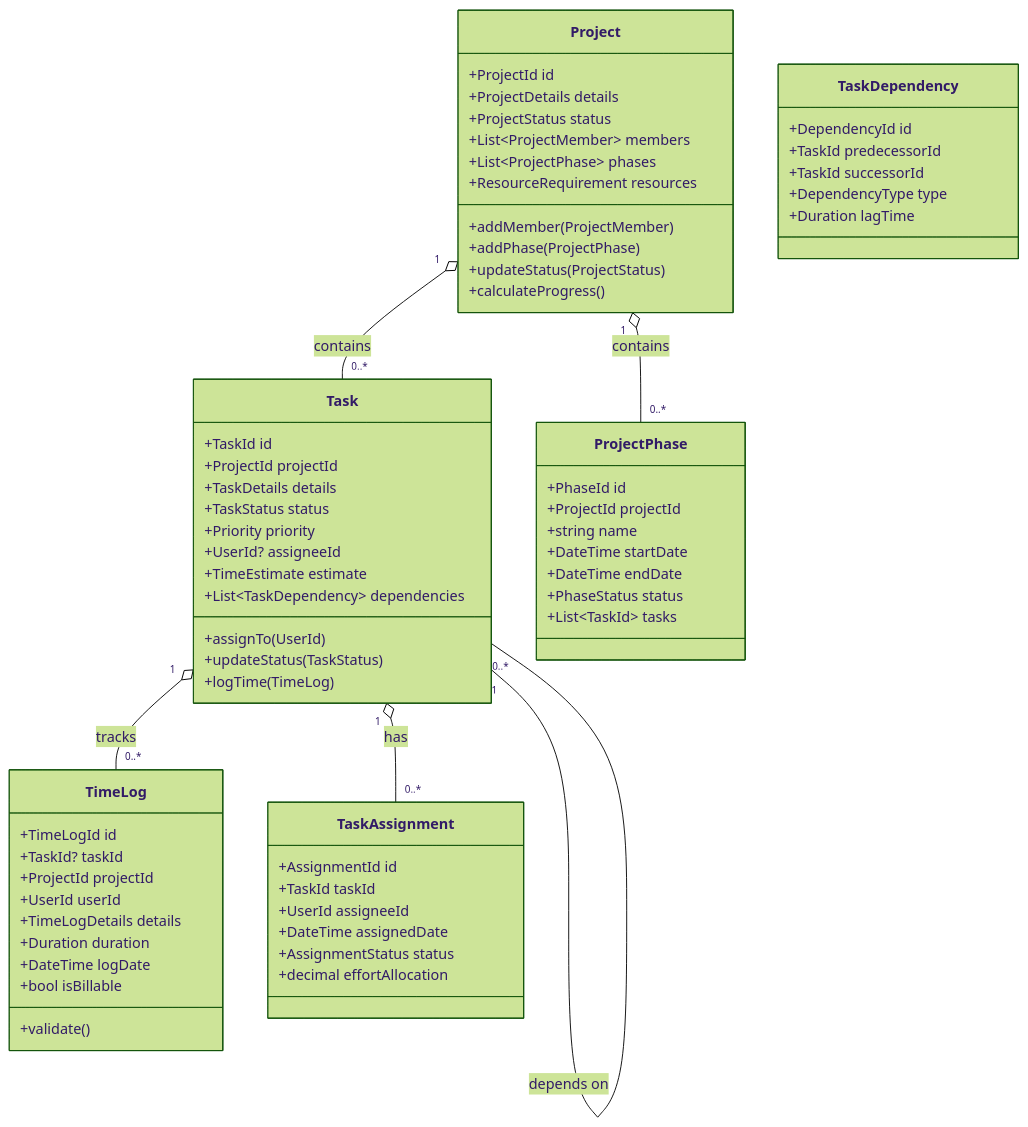
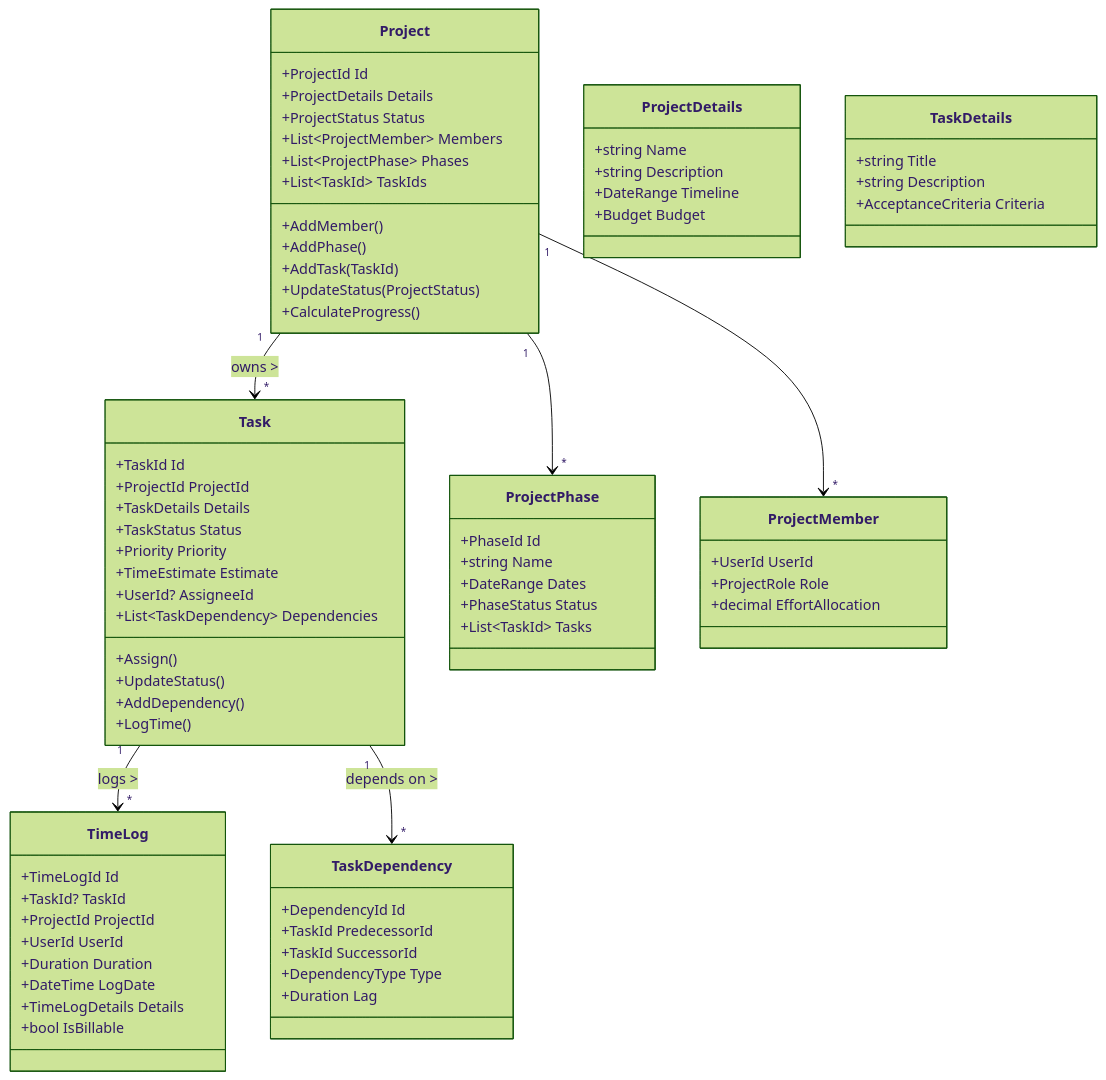
The eighth of 10 diagrams in Docs/Requirement/DomainSpecification/BusinessOperations.md (anuj-noumena/nouassist), drawn with Mermaid (forest theme) before and after one commit. The commit also changed other lines of this file and 134 other files, not shown here.

````diff
--- a/Docs/Requirement/DomainSpecification/BusinessOperations.md
+++ b/Docs/Requirement/DomainSpecification/BusinessOperations.md
@@ -1333,79 +2060,92 @@
 ```mermaid
 classDiagram
+    direction TB
+
+    %% Project Root
     class Project {
-        +ProjectId id
-        +ProjectDetails details
-        +ProjectStatus status
-        +List~ProjectMember~ members
-        +List~ProjectPhase~ phases
-        +ResourceRequirement resources
-        +addMember(ProjectMember)
-        +addPhase(ProjectPhase)
-        +updateStatus(ProjectStatus)
-        +calculateProgress()
-    }
-    
-    class Task {
-        +TaskId id
-        +ProjectId projectId
-        +TaskDetails details
-        +TaskStatus status
-        +Priority priority
-        +UserId? assigneeId
-        +TimeEstimate estimate
-        +List~TaskDependency~ dependencies
-        +assignTo(UserId)
-        +updateStatus(TaskStatus)
-        +logTime(TimeLog)
-    }
-    
-    class TimeLog {
-        +TimeLogId id
-        +TaskId? taskId
-        +ProjectId projectId
-        +UserId userId
-        +TimeLogDetails details
-        +Duration duration
-        +DateTime logDate
-        +bool isBillable
-        +validate()
-    }
-    
-    class ProjectPhase {
-        +PhaseId id
-        +ProjectId projectId
-        +string name
-        +DateTime startDate
-        +DateTime endDate
-        +PhaseStatus status
-        +List~TaskId~ tasks
-    }
-    
-    class TaskAssignment {
-        +AssignmentId id
-        +TaskId taskId
-        +UserId assigneeId
-        +DateTime assignedDate
-        +AssignmentStatus status
-        +decimal effortAllocation
-    }
-    
-    class TaskDependency {
-        +DependencyId id
-        +TaskId predecessorId
-        +TaskId successorId
-        +DependencyType type
-        +Duration lagTime
+        +ProjectId Id
+        +ProjectDetails Details
+        +ProjectStatus Status
+        +List~ProjectMember~ Members
+        +List~ProjectPhase~ Phases
+        +List~TaskId~ TaskIds
+        +AddMember()
+        +AddPhase()
+        +AddTask(TaskId)
+        +UpdateStatus(ProjectStatus)
+        +CalculateProgress()
     }
 
-    %% A Project is composed of Phases and Tasks.
-    Project "1" o-- "0..*" ProjectPhase : contains
-    Project "1" o-- "0..*" Task : contains
+    class ProjectDetails {
+        +string Name
+        +string Description
+        +DateRange Timeline
+        +Budget Budget
+    }
 
-    %% A Task can be assigned and tracks its own time logs.
-    Task "1" o-- "0..*" TaskAssignment : has
-    Task "1" o-- "0..*" TimeLog : tracks
+    %% Task Root
+    class Task {
+        +TaskId Id
+        +ProjectId ProjectId
+        +TaskDetails Details
+        +TaskStatus Status
+        +Priority Priority
+        +TimeEstimate Estimate
+        +UserId? AssigneeId
+        +List~TaskDependency~ Dependencies
+        +Assign()
+        +UpdateStatus()
+        +AddDependency()
+        +LogTime()
+    }
 
-    %% A Task can depend on other Tasks (a self-referencing relationship).
-    Task "1" -- "0..*" Task : depends on
+    class TaskDetails {
+        +string Title
+        +string Description
+        +AcceptanceCriteria Criteria
+    }
+
+    class TaskDependency {
+        +DependencyId Id
+        +TaskId PredecessorId
+        +TaskId SuccessorId
+        +DependencyType Type
+        +Duration Lag
+    }
+
+    %% TimeLog Root
+    class TimeLog {
+        +TimeLogId Id
+        +TaskId? TaskId
+        +ProjectId ProjectId
+        +UserId UserId
+        +Duration Duration
+        +DateTime LogDate
+        +TimeLogDetails Details
+        +bool IsBillable
+    }
+
+    %% Phases
+    class ProjectPhase {
+        +PhaseId Id
+        +string Name
+        +DateRange Dates
+        +PhaseStatus Status
+        +List~TaskId~ Tasks
+    }
+
+    %% Members
+    class ProjectMember {
+        +UserId UserId
+        +ProjectRole Role
+        +decimal EffortAllocation
+    }
+
+    %% Relationships
+    Project "1" --> "*" Task : owns >
+    Project "1" --> "*" ProjectPhase
+    Project "1" --> "*" ProjectMember
+
+    Task "1" --> "*" TimeLog : logs >
+    Task "1" --> "*" TaskDependency : depends on >
 ```
````
